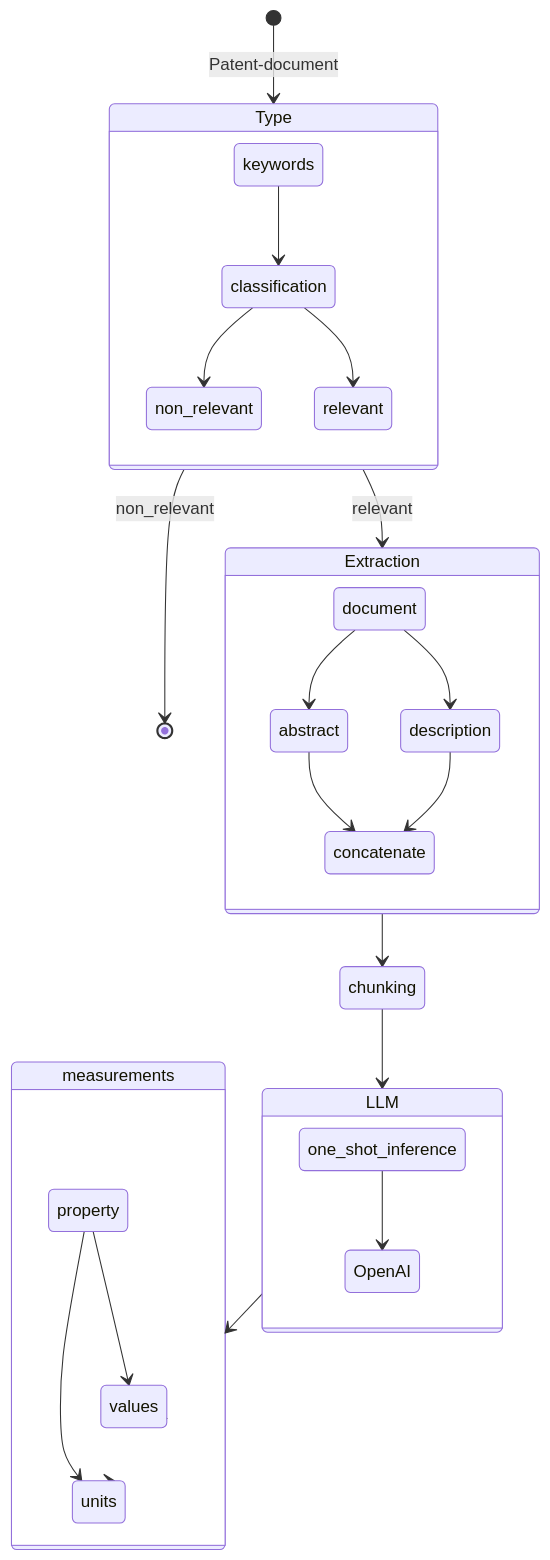
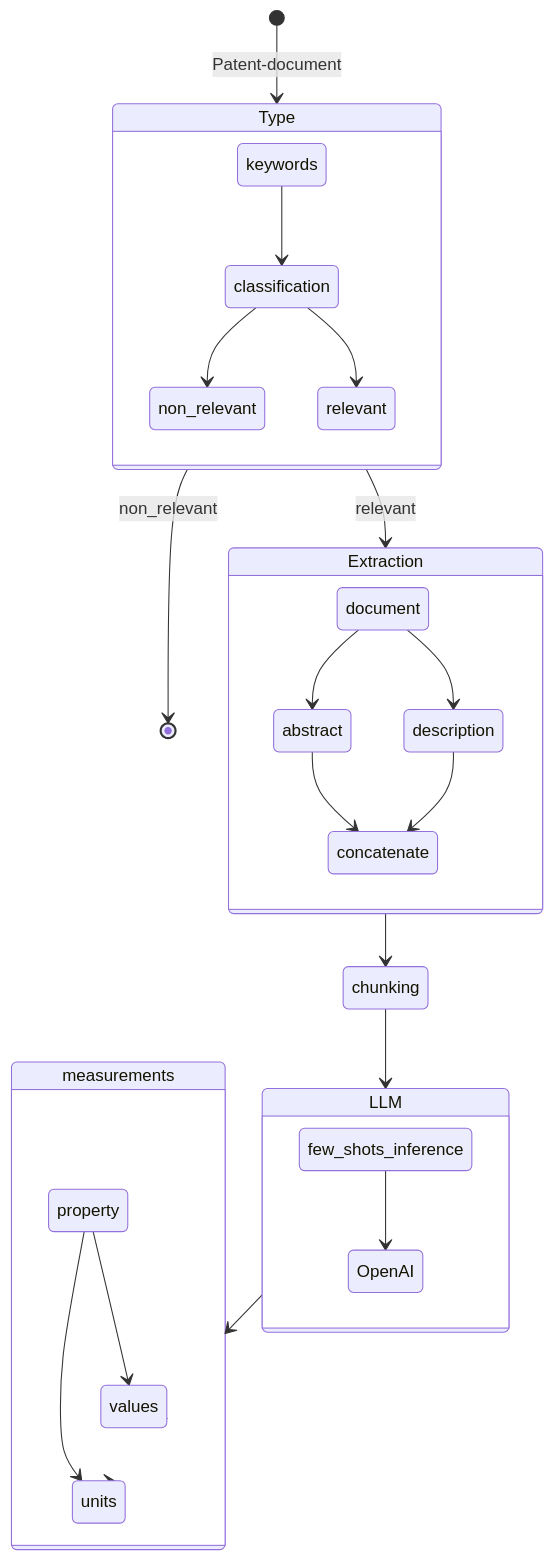
The diagram in README.md (rizwanishaq/basf_challenge), drawn with Mermaid before and after one commit. The commit also changed 6 other files, not shown here.

````diff
--- a/README.md
+++ b/README.md
@@ -7,36 +7,36 @@
 ```mermaid
 stateDiagram-v2
     [*] --> Type : Patent-document
     Type --> [*] : non_relevant
     Type --> Extraction : relevant
     state Type {
         keywords --> classification
         classification --> non_relevant
         classification --> relevant
     }
 
     Extraction --> chunking
     state Extraction {
         document --> abstract
         document --> description
         abstract --> concatenate
         description --> concatenate
     }
 
     chunking --> LLM
     state LLM {
-        one_shot_inference --> OpenAI
+        few_shots_inference --> OpenAI
     }
 
     LLM --> measurements
     state measurements {
         property --> values
         property --> units
     }
     measurements --> values
     measurements --> units
 
 
 
 
 ```
````
